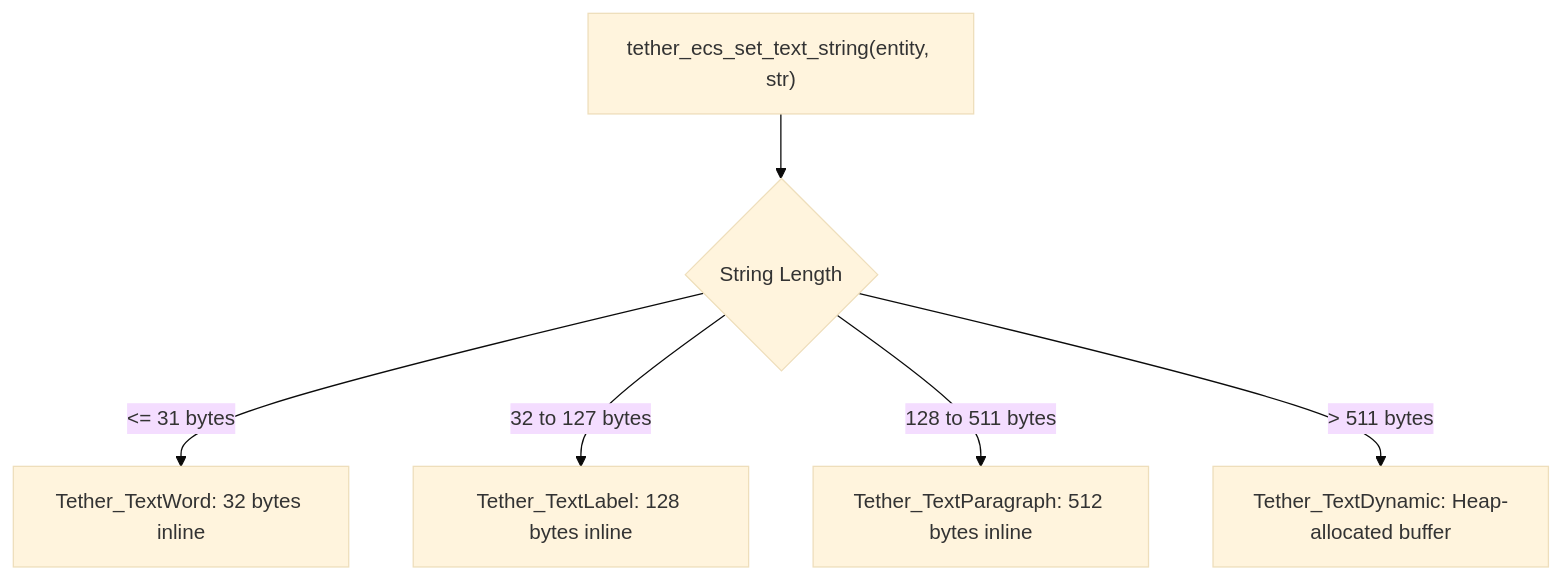
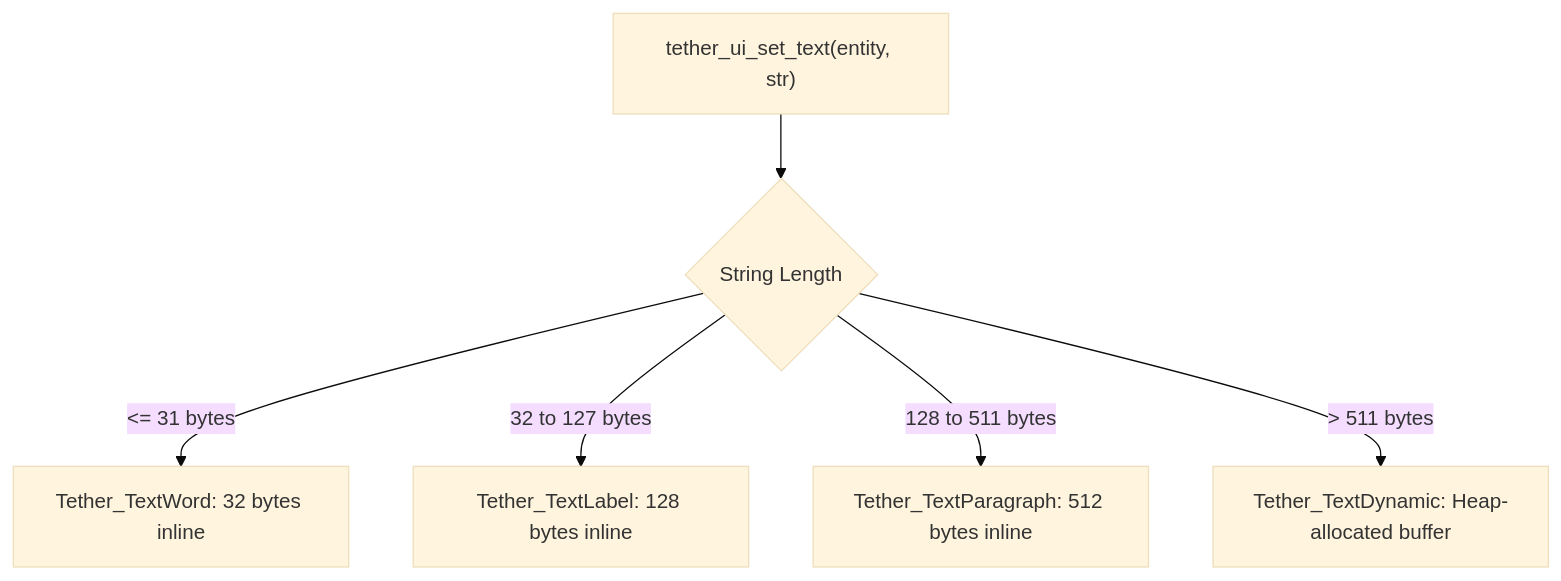
The fourth of 5 diagrams in docs/technical/03_ecs_and_memory.md (Yuvi-GD/Tether), drawn with Mermaid (base theme) before and after one commit. The commit also changed other lines of this file and 24 other files, not shown here.

Commit message:
docs: align technical docs with v0.0.3-preview and clarify presentation roadmap

````diff
--- a/docs/technical/03_ecs_and_memory.md
+++ b/docs/technical/03_ecs_and_memory.md
@@ -299,8 +302,8 @@
 ```mermaid
 flowchart TD
-    Input["tether_ecs_set_text_string(entity, str)"] --> Check{"String Length"}
+    Input["tether_ui_set_text(entity, str)"] --> Check{"String Length"}
     Check -->|<= 31 bytes| Tier1["Tether_TextWord: 32 bytes inline"]
     Check -->|32 to 127 bytes| Tier2["Tether_TextLabel: 128 bytes inline"]
     Check -->|128 to 511 bytes| Tier3["Tether_TextParagraph: 512 bytes inline"]
     Check -->|> 511 bytes| Tier4["Tether_TextDynamic: Heap-allocated buffer"]
 ```
````
